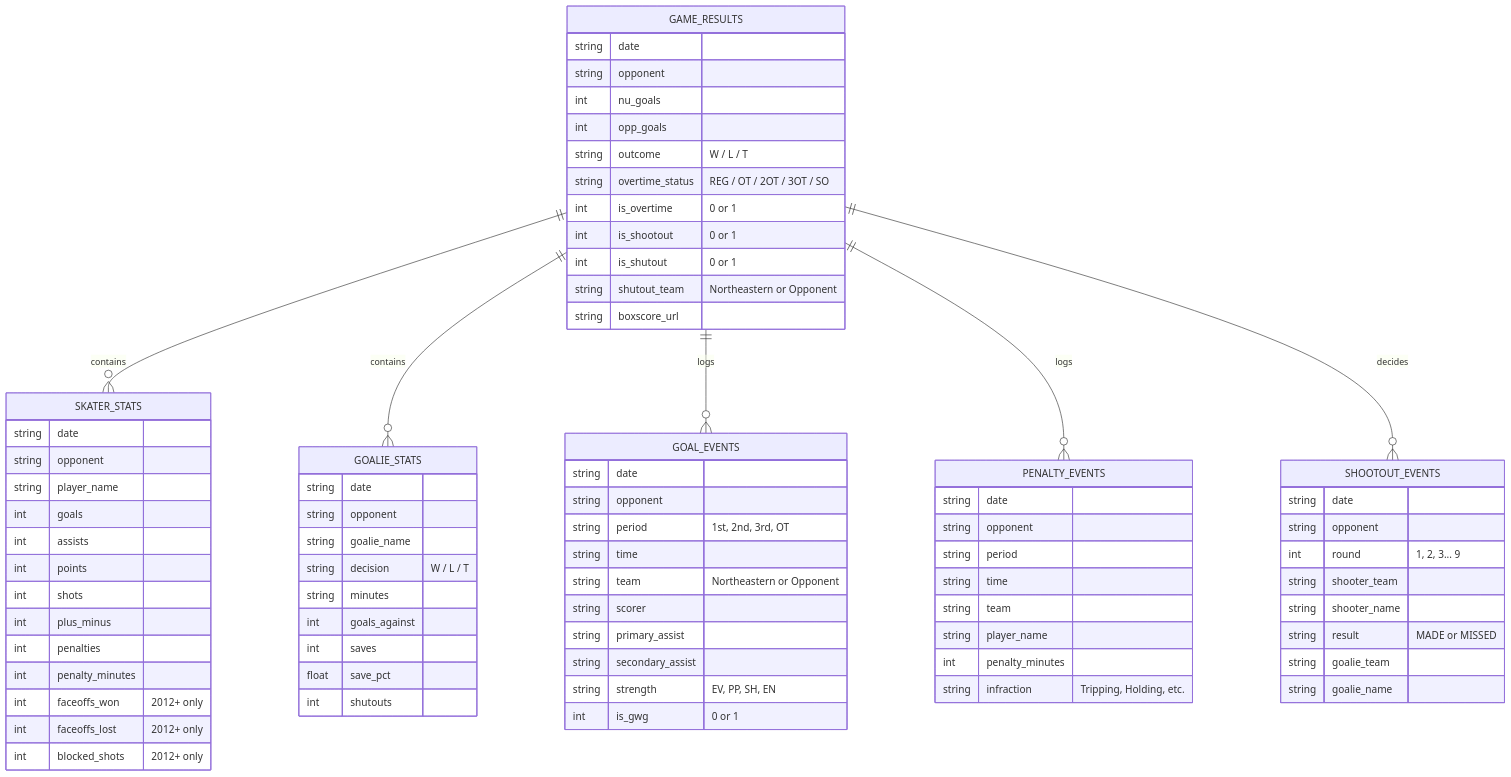
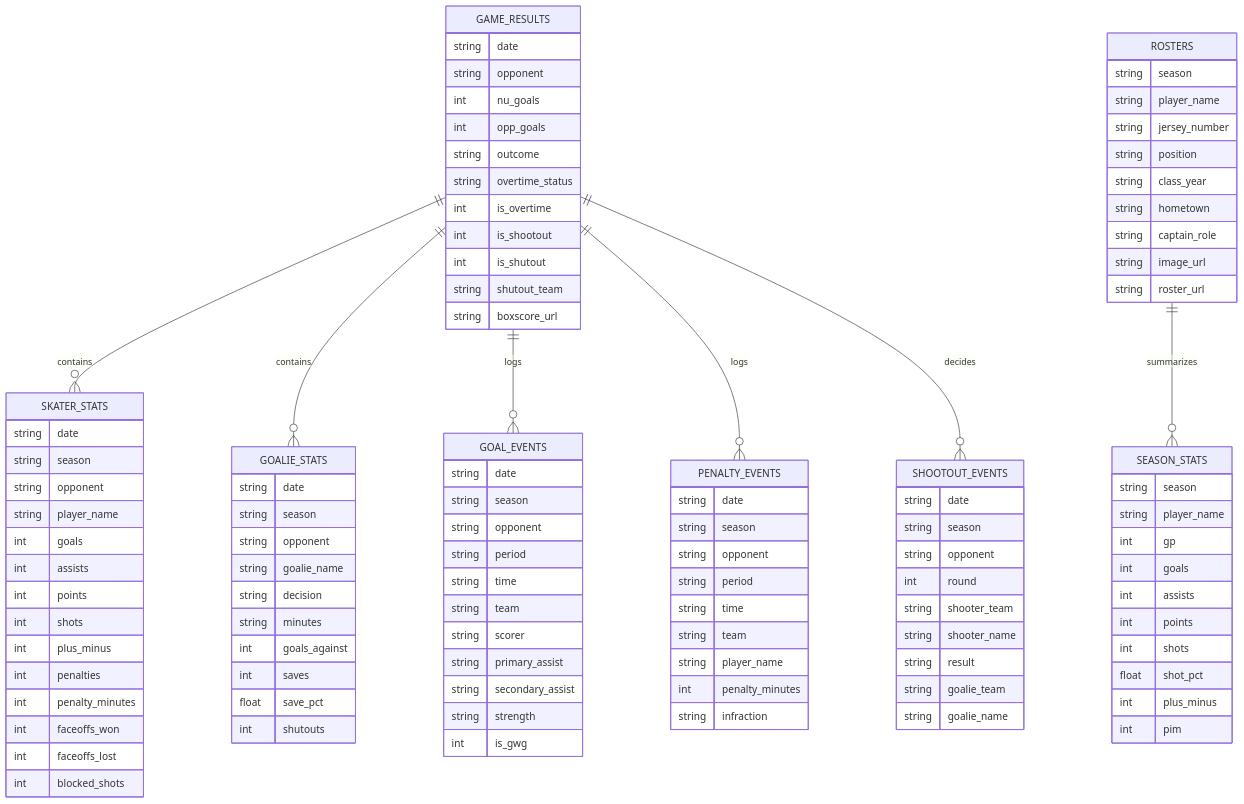
The second of 4 diagrams in docs/architecture_and_data_flow.md (timmyg2034/NortheasternProject), drawn with Mermaid before and after one commit. The commit also changed other lines of this file and 16 other files, not shown here.

````diff
--- a/docs/architecture_and_data_flow.md
+++ b/docs/architecture_and_data_flow.md
@@ -121,23 +96,25 @@
     GAME_RESULTS ||--o{ GOAL_EVENTS : logs
     GAME_RESULTS ||--o{ PENALTY_EVENTS : logs
     GAME_RESULTS ||--o{ SHOOTOUT_EVENTS : decides
+    ROSTERS ||--o{ SEASON_STATS : summarizes
 
     GAME_RESULTS {
         string date
         string opponent
         int nu_goals
         int opp_goals
-        string outcome "W / L / T"
-        string overtime_status "REG / OT / 2OT / 3OT / SO"
-        int is_overtime "0 or 1"
-        int is_shootout "0 or 1"
-        int is_shutout "0 or 1"
-        string shutout_team "Northeastern or Opponent"
+        string outcome
+        string overtime_status
+        int is_overtime
+        int is_shootout
+        int is_shutout
+        string shutout_team
         string boxscore_url
     }
 
     SKATER_STATS {
         string date
+        string season
         string opponent
         string player_name
         int goals
@@ -147,16 +124,17 @@
         int plus_minus
         int penalties
         int penalty_minutes
-        int faceoffs_won "2012+ only"
-        int faceoffs_lost "2012+ only"
-        int blocked_shots "2012+ only"
+        int faceoffs_won
+        int faceoffs_lost
+        int blocked_shots
     }
 
     GOALIE_STATS {
         string date
+        string season
         string opponent
         string goalie_name
-        string decision "W / L / T"
+        string decision
         string minutes
         int goals_against
         int saves
@@ -166,36 +144,64 @@
 
     GOAL_EVENTS {
         string date
+        string season
         string opponent
-        string period "1st, 2nd, 3rd, OT"
+        string period
         string time
-        string team "Northeastern or Opponent"
+        string team
         string scorer
         string primary_assist
         string secondary_assist
-        string strength "EV, PP, SH, EN"
-        int is_gwg "0 or 1"
+        string strength
+        int is_gwg
     }
 
     PENALTY_EVENTS {
         string date
+        string season
         string opponent
         string period
         string time
         string team
         string player_name
         int penalty_minutes
-        string infraction "Tripping, Holding, etc."
+        string infraction
     }
 
     SHOOTOUT_EVENTS {
         string date
+        string season
         string opponent
-        int round "1, 2, 3... 9"
+        int round
         string shooter_team
         string shooter_name
-        string result "MADE or MISSED"
+        string result
         string goalie_team
         string goalie_name
     }
+
+    ROSTERS {
+        string season
+        string player_name
+        string jersey_number
+        string position
+        string class_year
+        string hometown
+        string captain_role
+        string image_url
+        string roster_url
+    }
+
+    SEASON_STATS {
+        string season
+        string player_name
+        int gp
+        int goals
+        int assists
+        int points
+        int shots
+        float shot_pct
+        int plus_minus
+        int pim
+    }
 ```
````
